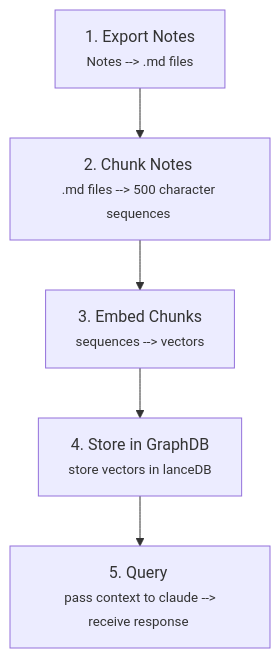
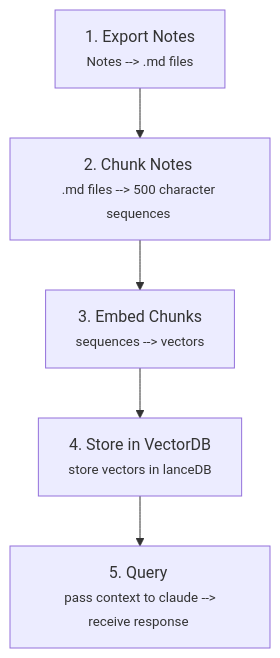
Before and after one commit to ahmadsaadat/Python_Notes_RAG: the diagram in README.md, drawn with Mermaid. The commit also changed 6 other files, not shown here.

````diff
--- a/README.md
+++ b/README.md
@@ -10,13 +10,13 @@
 ```mermaid
 graph TD
     A[1. Export Notes <br/><small>Notes --> .md files</small> ] 
     --> 
     B[2. Chunk Notes <br/><small>.md files --> 500 character sequences </small>]
     --> 
     C[3. Embed Chunks <br/><small> sequences --> vectors </small>]
     -->
-    D[4. Store in GraphDB <br/><small> store vectors in lanceDB </small>]
+    D[4. Store in VectorDB <br/><small> store vectors in lanceDB </small>]
     -->
     E[5. Query <br/><small> pass context to claude --> receive response </small>]
 
 ```
````
